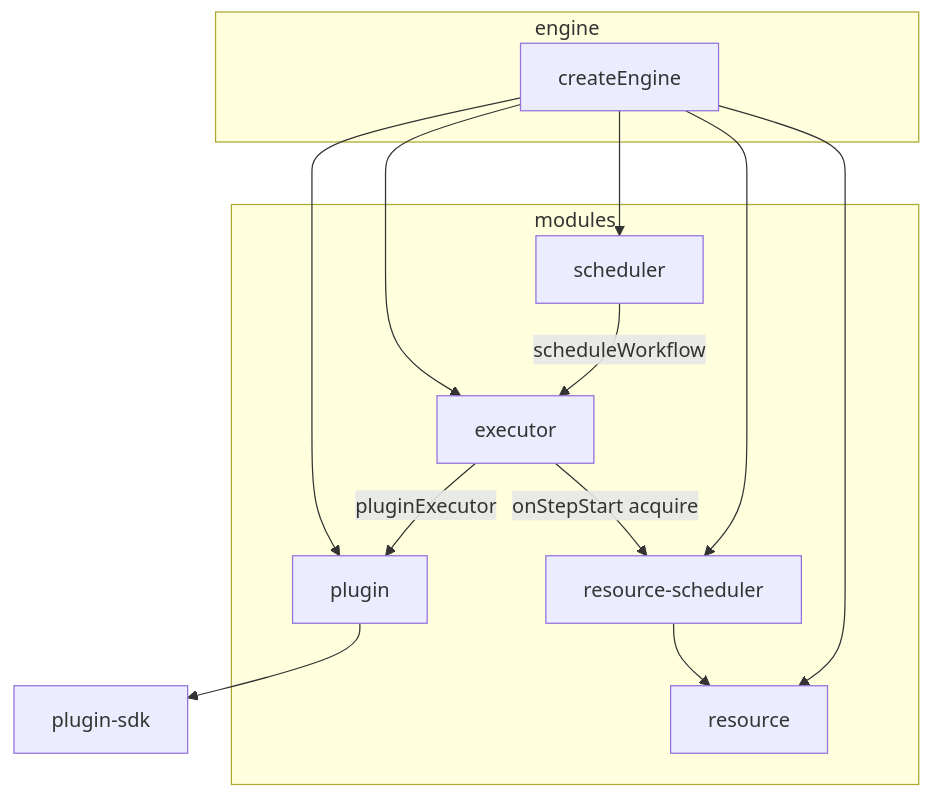
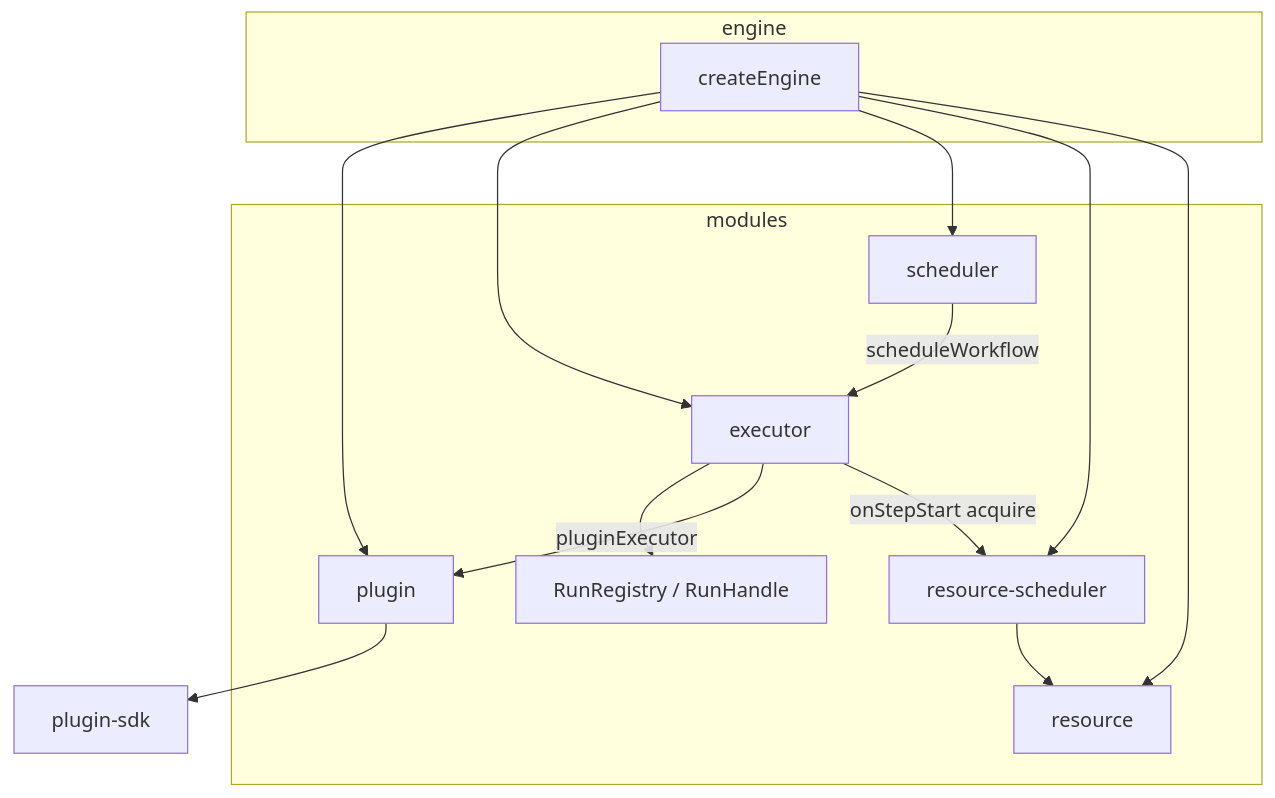
One commit to xumpxxhh/monai-devops changed the diagram in packages/core-engine/README.md. Above: the diagram before and after it, drawn with Mermaid. The commit also changed other lines of this file and 1 other file, not shown here.

````diff
--- a/packages/core-engine/README.md
+++ b/packages/core-engine/README.md
@@ -7,24 +15,26 @@
 ```mermaid
 flowchart TB
   subgraph entry [engine]
     CE[createEngine]
   end
   subgraph modules [modules]
     PM[plugin]
     EX[executor]
+    RR[RunRegistry / RunHandle]
     SCH[scheduler]
     RS[resource-scheduler]
     RES[resource]
   end
   SDK[plugin-sdk]
   CE --> PM
   CE --> EX
   CE --> SCH
   CE --> RS
   CE --> RES
+  EX --> RR
   PM --> SDK
   EX -->|"pluginExecutor"| PM
   EX -->|"onStepStart acquire"| RS
   RS --> RES
   SCH -->|"scheduleWorkflow"| EX
 ```
````
